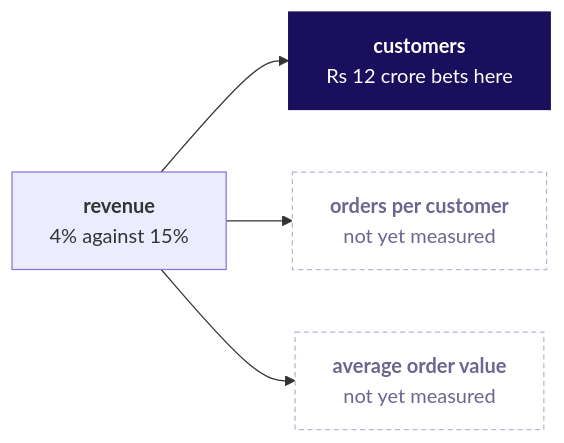
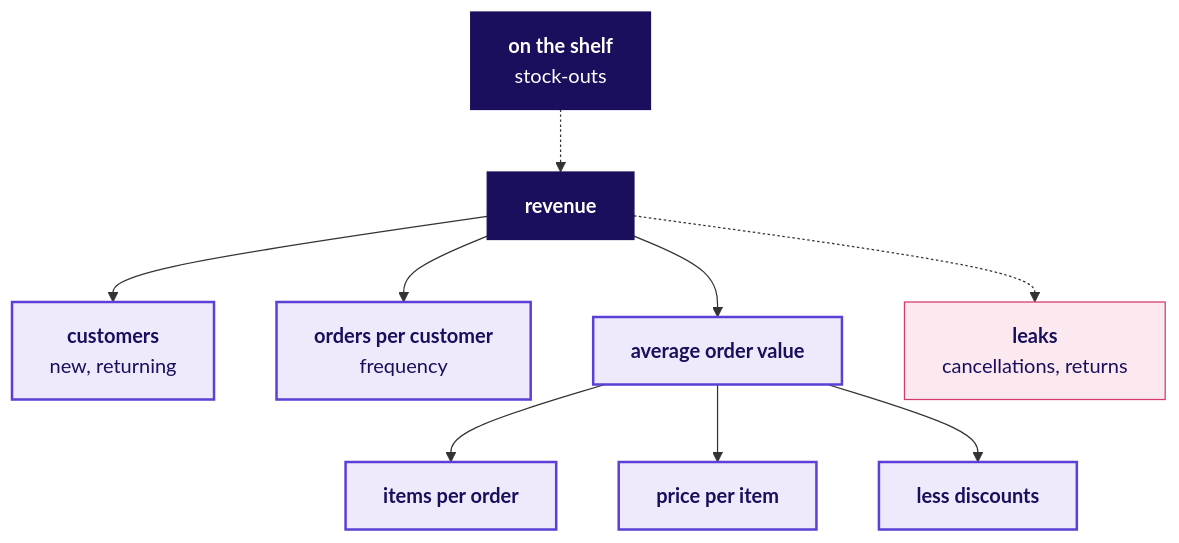
One commit to fde-academy-lab/c2-content-factory changed the fifth of 18 diagrams in content/W01/D1/slides/C2_W01_D01_half1_STUDENT.md. Above: the diagram before and after it, drawn with Mermaid. The commit also changed other lines of this file and 10 other files, not shown here.

````diff
--- a/content/W01/D1/slides/C2_W01_D01_half1_STUDENT.md
+++ b/content/W01/D1/slides/C2_W01_D01_half1_STUDENT.md
@@ -138,10 +167,17 @@
 ```mermaid
-flowchart LR
-    R["<b>revenue</b><br/>4% against 15%"] --> C["<b>customers</b><br/>Rs 12 crore bets here"]
-    R --> F["<b>orders per customer</b><br/>not yet measured"]
-    R --> A["<b>average order value</b><br/>not yet measured"]
+flowchart TB
+    R["<b>revenue</b>"] --> C["<b>customers</b><br/>new, returning"]
+    R --> F["<b>orders per customer</b><br/>frequency"]
+    R --> A["<b>average order value</b>"]
+    R -.-> L["<b>leaks</b><br/>cancellations, returns"]
+    A --> I["<b>items per order</b>"]
+    A --> P["<b>price per item</b>"]
+    A --> D["<b>less discounts</b>"]
+    S["<b>on the shelf</b><br/>stock-outs"] -.-> R
+    classDef known fill:#EEEAFB,stroke:#5B3FD6,color:#1A0F5C,stroke-width:2px
+    classDef bad fill:#FBE9EF,stroke:#D63A6A,color:#1A0F5C
     classDef bet fill:#1A0F5C,stroke:#1A0F5C,color:#FFFFFF
-    classDef unknown fill:#FFFFFF,stroke:#B8B2D6,color:#6B6690,stroke-dasharray:4 3
-    class C bet
-    class F,A unknown
+    class C,F,A,I,P,D known
+    class L bad
+    class R,S bet
 ```
````
